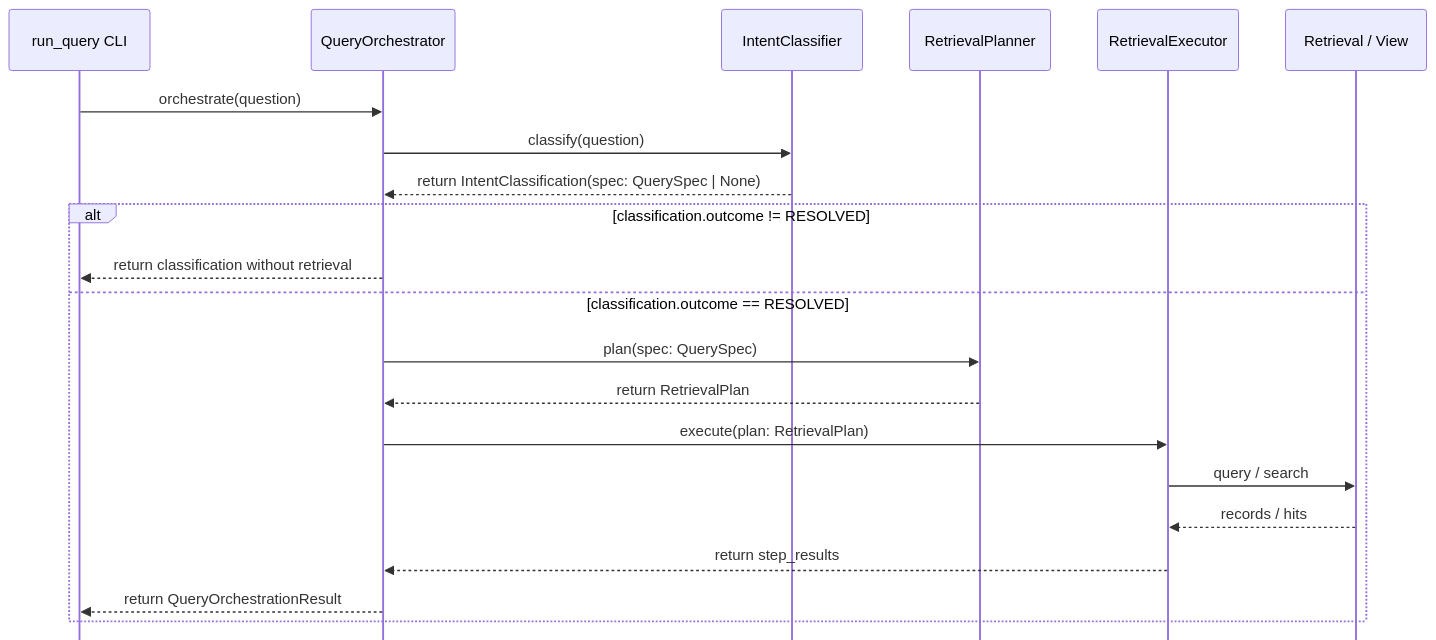
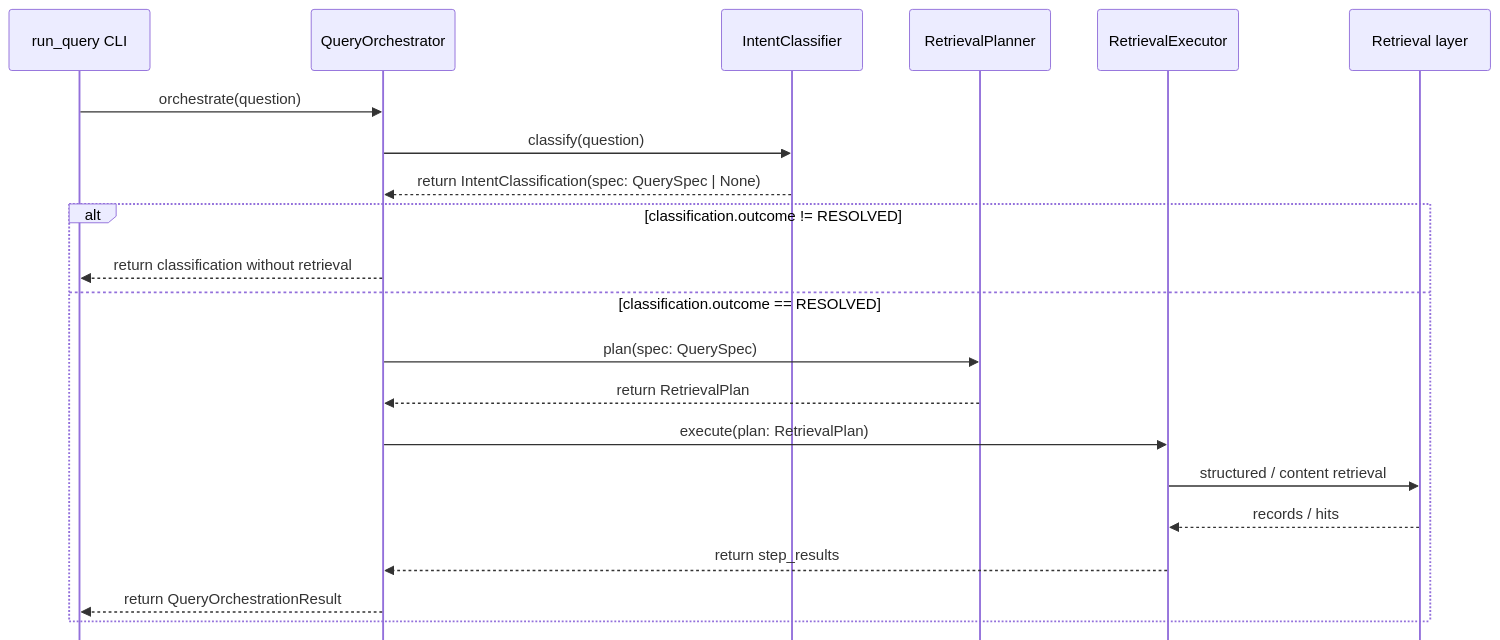
One commit to Kaichao-Zheng/Heard-Back-Yet changed the diagram in docs/query_orchestration_sequence.md. Above: the diagram before and after it, drawn with Mermaid. The commit also changed other lines of this file and 11 other files, not shown here.

Commit message:
refactor(retrieval): unify structured and content retrieval

````diff
--- a/docs/query_orchestration_sequence.md
+++ b/docs/query_orchestration_sequence.md
@@ -1,26 +1,26 @@
 ```mermaid
 %%{init: {"sequence": {"mirrorActors": false}}}%%
 sequenceDiagram
     participant CLI as run_query CLI
     participant O as QueryOrchestrator
     participant C as IntentClassifier
     participant P as RetrievalPlanner
     participant E as RetrievalExecutor
-    participant R as Retrieval / View
+    participant R as Retrieval layer
 
     CLI->>O: orchestrate(question)
     O->>C: classify(question)
     C-->>O: return IntentClassification(spec: QuerySpec | None)
 
     alt classification.outcome != RESOLVED
         O-->>CLI: return classification without retrieval
     else classification.outcome == RESOLVED
         O->>P: plan(spec: QuerySpec)
         P-->>O: return RetrievalPlan
         O->>E: execute(plan: RetrievalPlan)
-        E->>R: query / search
+        E->>R: structured / content retrieval
         R-->>E: records / hits
         E-->>O: return step_results
         O-->>CLI: return QueryOrchestrationResult
     end
 ```
````
